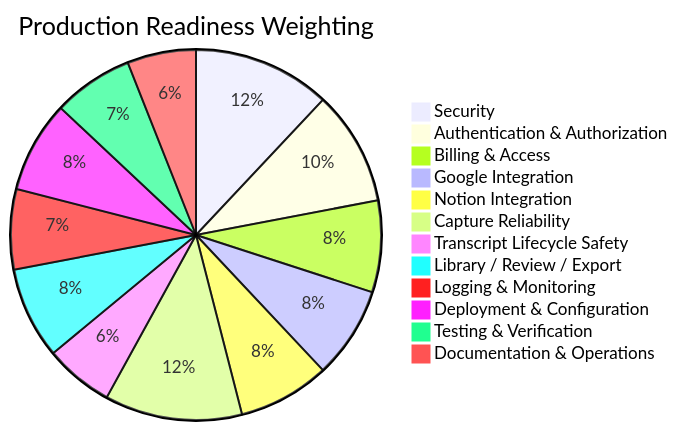
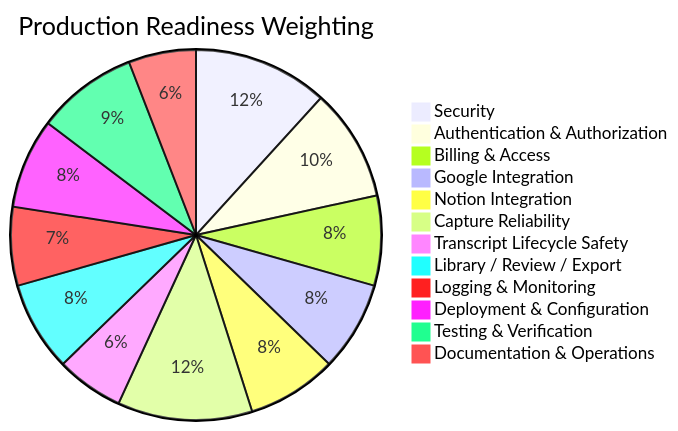
One commit to krishna0605/NextStop.AI-Web changed diagram 12 of 14 in docs/production-readiness-report.md. Above: the diagram before and after it, drawn with Mermaid. The commit also changed other lines of this file and 29 other files, not shown here.

````diff
--- a/docs/production-readiness-report.md
+++ b/docs/production-readiness-report.md
@@ -746,15 +754,15 @@
 ```mermaid
 pie title Production Readiness Weighting
   "Security" : 12
   "Authentication & Authorization" : 10
   "Billing & Access" : 8
   "Google Integration" : 8
   "Notion Integration" : 8
   "Capture Reliability" : 12
   "Transcript Lifecycle Safety" : 6
   "Library / Review / Export" : 8
   "Logging & Monitoring" : 7
   "Deployment & Configuration" : 8
-  "Testing & Verification" : 7
+  "Testing & Verification" : 9
   "Documentation & Operations" : 6
 ```
````
